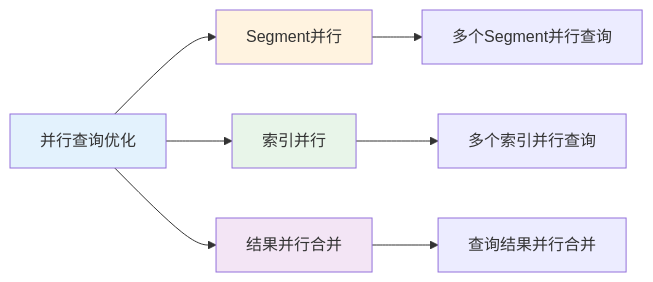
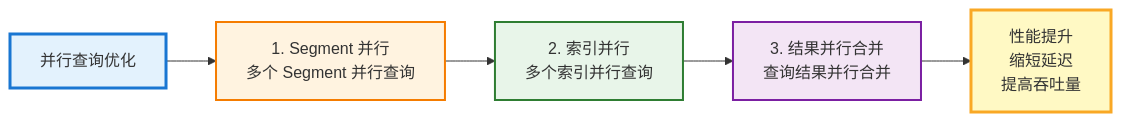
One commit to zhouzhilong-commits/zhouzhilong-commits.github.io changed diagram 20 of 25 in _posts/2025-06-11-indexlib-4-query-flow.md. Above: the diagram before and after it, drawn with Mermaid. The commit also changed other lines of this file and 10 other files, not shown here.

````diff
--- a/_posts/2025-06-11-indexlib-4-query-flow.md
+++ b/_posts/2025-06-11-indexlib-4-query-flow.md
@@ -1640,15 +1741,13 @@
 ```mermaid
-graph LR
-    A[并行查询优化] --> B[Segment并行]
-    A --> C[索引并行]
-    A --> D[结果并行合并]
+flowchart LR
+    Start[并行查询优化] --> P1[1. Segment 并行<br/>多个 Segment 并行查询]
+    P1 --> P2[2. 索引并行<br/>多个索引并行查询]
+    P2 --> P3[3. 结果并行合并<br/>查询结果并行合并]
+    P3 --> Benefit[性能提升<br/>缩短延迟<br/>提高吞吐量]
     
-    B --> E[多个Segment并行查询]
-    C --> F[多个索引并行查询]
-    D --> G[查询结果并行合并]
-    
-    style A fill:#e3f2fd
-    style B fill:#fff3e0
-    style C fill:#e8f5e9
-    style D fill:#f3e5f5
+    style Start fill:#e3f2fd,stroke:#1976d2,stroke-width:3px
+    style P1 fill:#fff3e0,stroke:#f57c00,stroke-width:2px
+    style P2 fill:#e8f5e9,stroke:#2e7d32,stroke-width:2px
+    style P3 fill:#f3e5f5,stroke:#7b1fa2,stroke-width:2px
+    style Benefit fill:#fff9c4,stroke:#f9a825,stroke-width:3px
 ```
````
